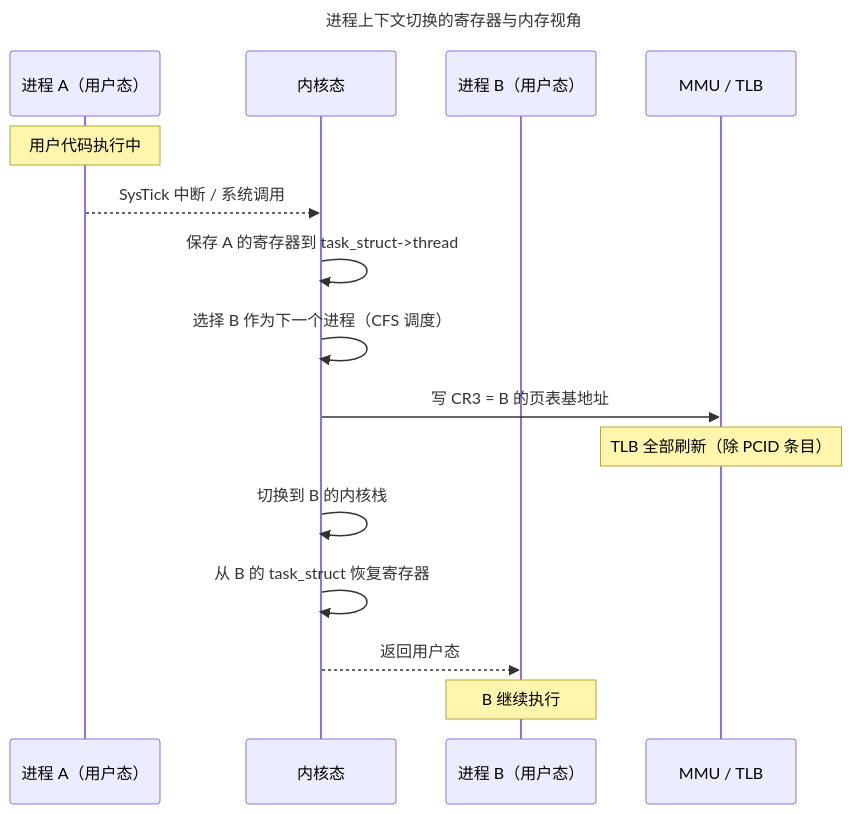
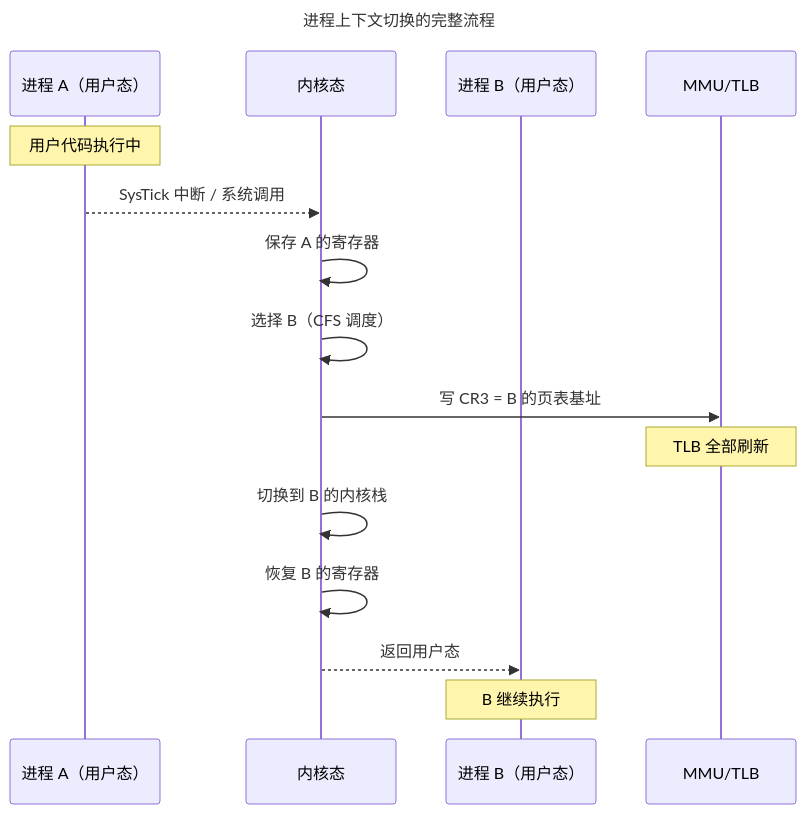
The second of 2 diagrams in src/content/docs/03-qiankun/01-process-and-thread.md (yadayanxue/silicon-strides), drawn with Mermaid before and after one commit. The commit also changed other lines of this file and 7 other files, not shown here.

Commit message:
docs: 卷三内容深度补充——8章各加Mermaid图与深层论证

````diff
--- a/src/content/docs/03-qiankun/01-process-and-thread.md
+++ b/src/content/docs/03-qiankun/01-process-and-thread.md
@@ -98,21 +74,21 @@
 ```mermaid
 ---
-title: 进程上下文切换的寄存器与内存视角
+title: 进程上下文切换的完整流程
 ---
 sequenceDiagram
     participant P1 as 进程 A（用户态）
     participant KERN as 内核态
     participant P2 as 进程 B（用户态）
-    participant MMU as MMU / TLB
+    participant MMU as MMU/TLB
 
     Note over P1: 用户代码执行中
     P1-->>KERN: SysTick 中断 / 系统调用
-    KERN->>KERN: 保存 A 的寄存器到 task_struct->thread
-    KERN->>KERN: 选择 B 作为下一个进程（CFS 调度）
-    KERN->>MMU: 写 CR3 = B 的页表基地址
-    Note over MMU: TLB 全部刷新（除 PCID 条目）
+    KERN->>KERN: 保存 A 的寄存器
+    KERN->>KERN: 选择 B（CFS 调度）
+    KERN->>MMU: 写 CR3 = B 的页表基址
+    Note over MMU: TLB 全部刷新
     KERN->>KERN: 切换到 B 的内核栈
-    KERN->>KERN: 从 B 的 task_struct 恢复寄存器
+    KERN->>KERN: 恢复 B 的寄存器
     KERN-->>P2: 返回用户态
     Note over P2: B 继续执行
 ```
````
